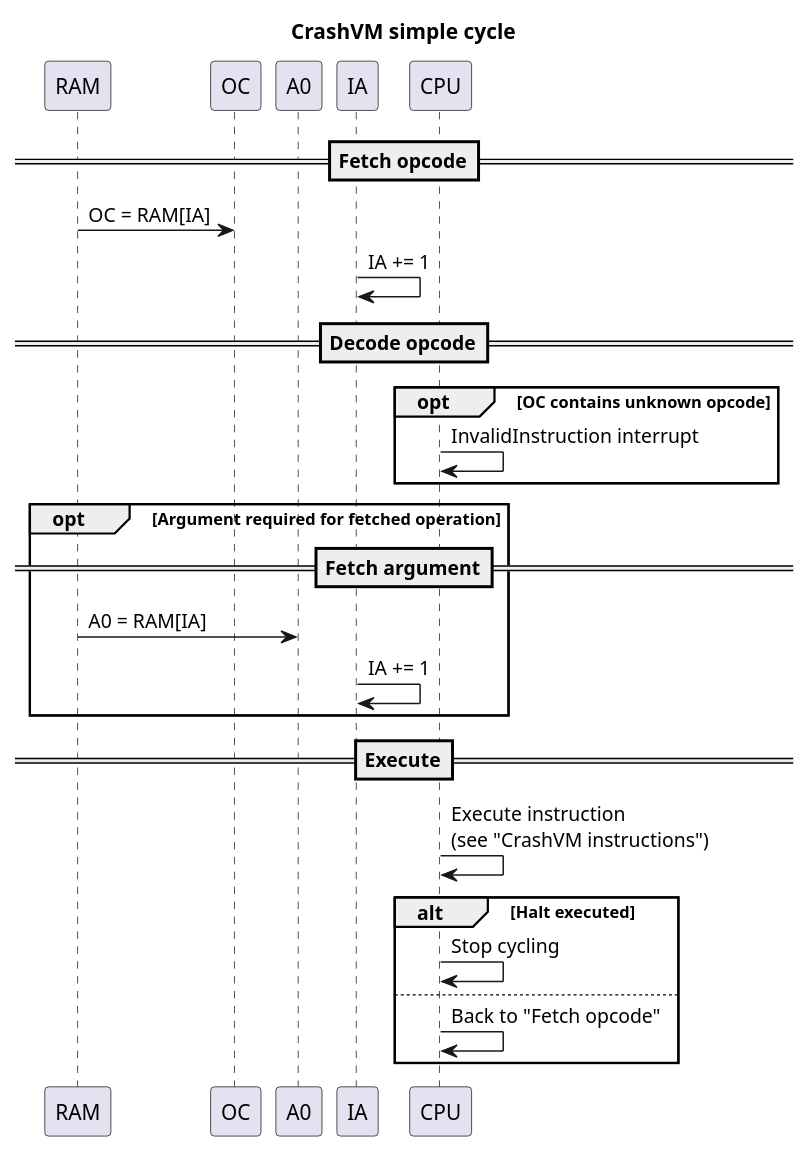
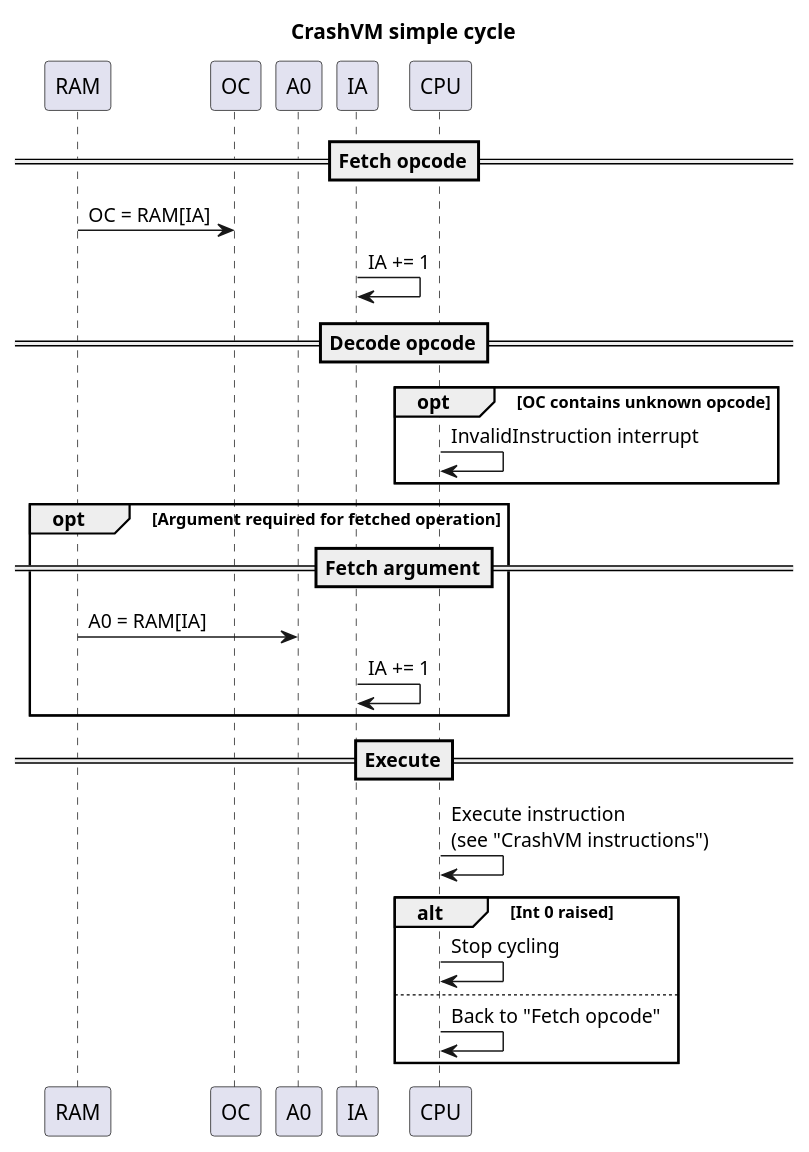
The fourth of 7 diagrams in doc/system.puml (hypafrag/crash-vm), drawn with PlantUML before and after one commit. The commit also changed other lines of this file and 8 other files, not shown here.

```diff
--- a/doc/system.puml
+++ b/doc/system.puml
@@ -104,30 +105,30 @@
 @startuml simple_cycle
 title CrashVM simple cycle
 
 participant RAM
 participant OC
 participant A0
 participant IA
 participant CPU
 
 ==Fetch opcode==
 RAM -> OC: OC = RAM[IA]
 IA -> IA: IA += 1
 ==Decode opcode==
 opt OC contains unknown opcode
     CPU -> CPU: InvalidInstruction interrupt
 end
 opt Argument required for fetched operation
     ==Fetch argument==
     RAM -> A0: A0 = RAM[IA]
     IA -> IA: IA += 1
 end
 ==Execute==
 CPU -> CPU: Execute instruction\n(see "CrashVM instructions")
-alt Halt executed
+alt Int 0 raised
     CPU -> CPU: Stop cycling
 else
     CPU -> CPU: Back to "Fetch opcode"
 end
 
 @enduml
```
